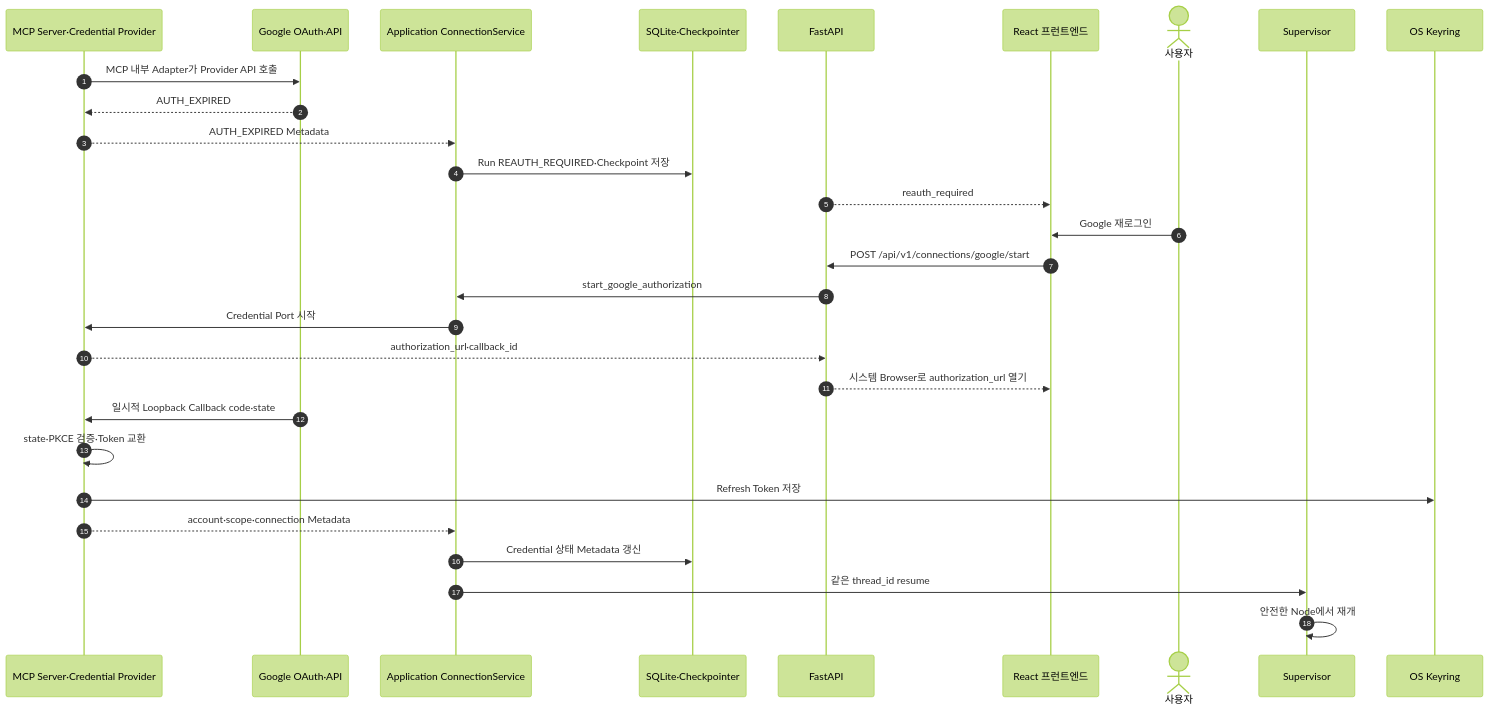
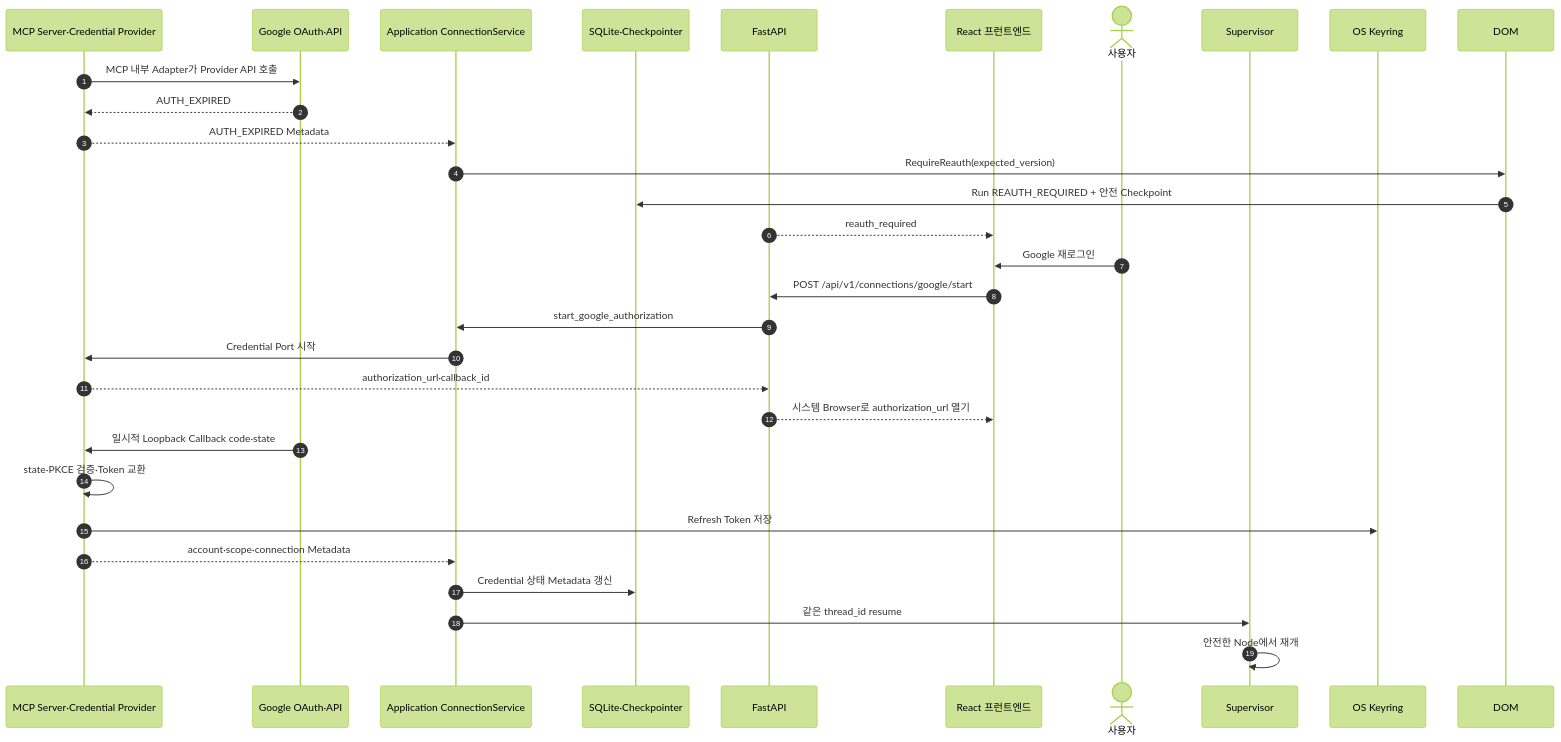
One commit to solar-ai-dev/google-work-agent changed diagram 14 of 20 in docs/08-sequence-design.md. Above: the diagram before and after it, drawn with Mermaid (forest theme). The commit also changed other lines of this file and 16 other files, not shown here.

````diff
--- a/docs/08-sequence-design.md
+++ b/docs/08-sequence-design.md
@@ -759,32 +785,33 @@
 ```mermaid
 sequenceDiagram
     autonumber
     participant MCP as MCP Server·Credential Provider
     participant G as Google OAuth·API
     participant APP as Application ConnectionService
     participant DB as SQLite·Checkpointer
     participant API as FastAPI
     participant FE as React 프런트엔드
     actor U as 사용자
     participant SUP as Supervisor
     participant K as OS Keyring
 
     MCP->>G: MCP 내부 Adapter가 Provider API 호출
     G-->>MCP: AUTH_EXPIRED
     MCP-->>APP: AUTH_EXPIRED Metadata
-    APP->>DB: Run REAUTH_REQUIRED·Checkpoint 저장
+    APP->>DOM: RequireReauth(expected_version)
+    DOM->>DB: Run REAUTH_REQUIRED + 안전 Checkpoint
     API-->>FE: reauth_required
     U->>FE: Google 재로그인
     FE->>API: POST /api/v1/connections/google/start
     API->>APP: start_google_authorization
     APP->>MCP: Credential Port 시작
     MCP-->>API: authorization_url·callback_id
     API-->>FE: 시스템 Browser로 authorization_url 열기
     G->>MCP: 일시적 Loopback Callback code·state
     MCP->>MCP: state·PKCE 검증·Token 교환
     MCP->>K: Refresh Token 저장
     MCP-->>APP: account·scope·connection Metadata
     APP->>DB: Credential 상태 Metadata 갱신
     APP->>SUP: 같은 thread_id resume
     SUP->>SUP: 안전한 Node에서 재개
 ```
````
